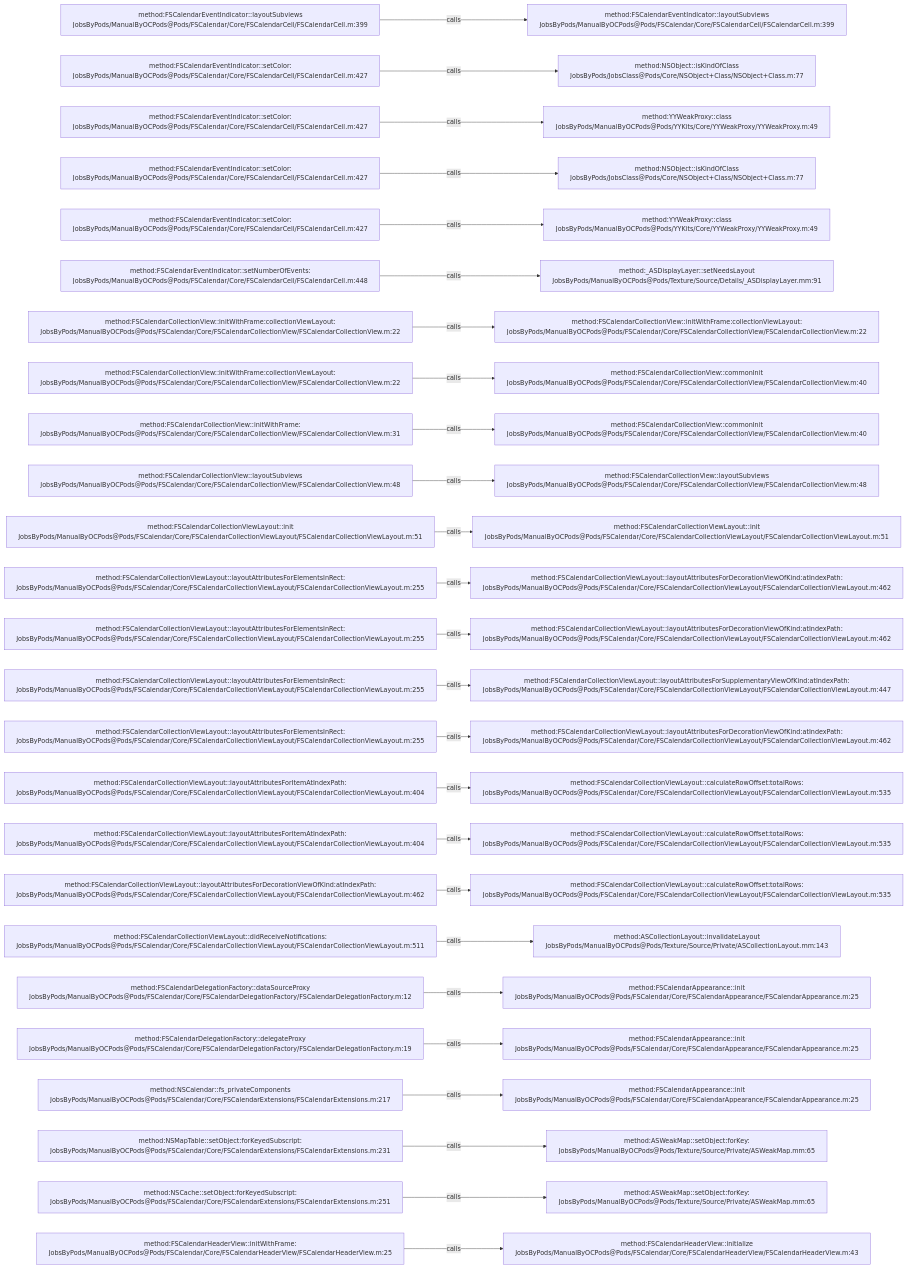
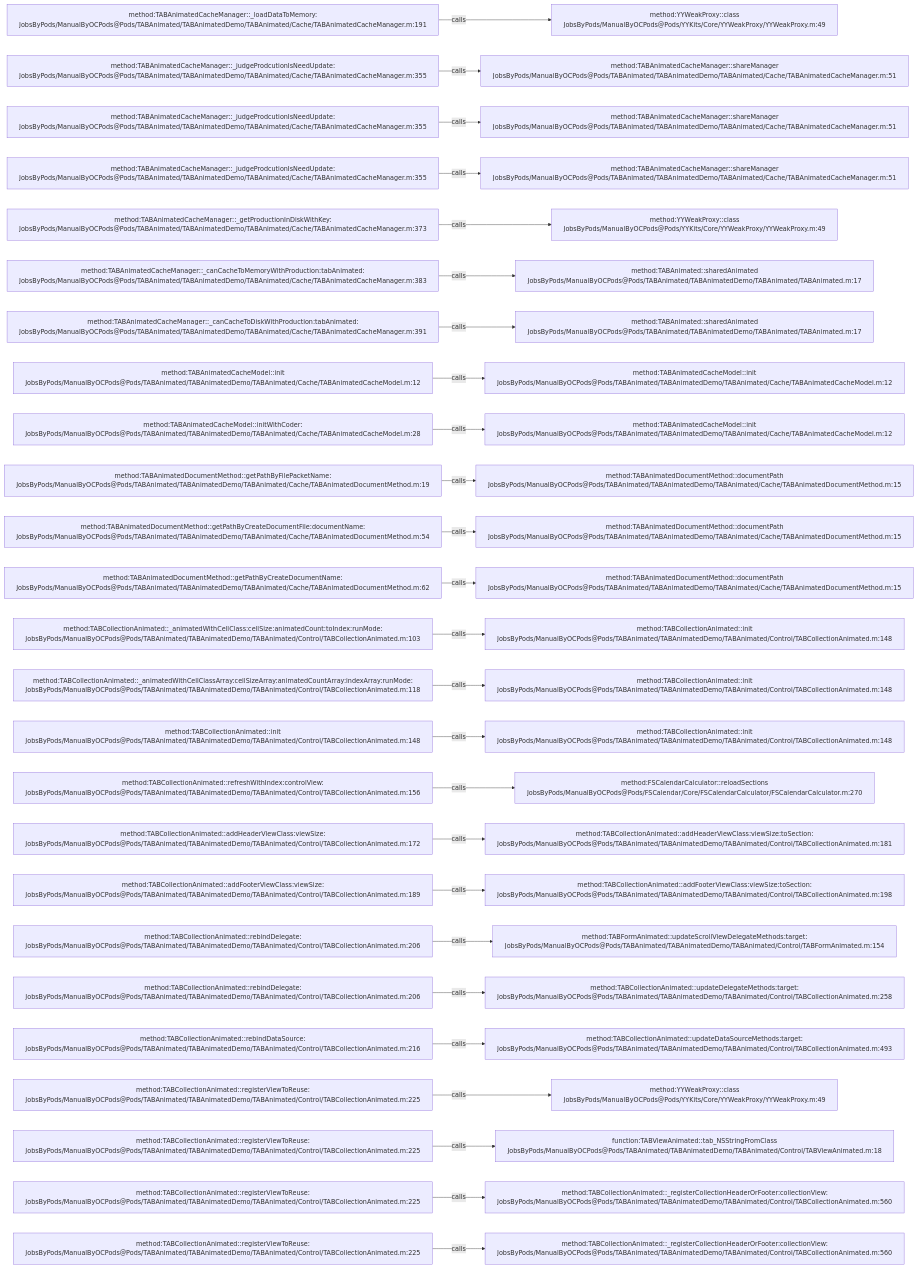
One commit to JobsKits/JobsOCBaseConfigDemo changed the diagram in .codegraph/codegraph.md/graphs/calls-019.md. Above: the diagram before and after it, drawn with Mermaid. The commit also changed 1353 other files, not shown here.

````diff
--- a/.codegraph/codegraph.md/graphs/calls-019.md
+++ b/.codegraph/codegraph.md/graphs/calls-019.md
@@ -13,78 +13,78 @@
 ```mermaid
 flowchart LR
-  S1["method:FSCalendarEventIndicator::layoutSubviews<br/>JobsByPods/ManualByOCPods@Pods/FSCalendar/Core/FSCalendarCell/FSCalendarCell.m:399"]
-  T1["method:FSCalendarEventIndicator::layoutSubviews<br/>JobsByPods/ManualByOCPods@Pods/FSCalendar/Core/FSCalendarCell/FSCalendarCell.m:399"]
+  S1["method:TABAnimatedCacheManager::_loadDataToMemory:<br/>JobsByPods/ManualByOCPods@Pods/TABAnimated/TABAnimatedDemo/TABAnimated/Cache/TABAnimatedCacheManager.m:191"]
+  T1["method:YYWeakProxy::class<br/>JobsByPods/ManualByOCPods@Pods/YYKits/Core/YYWeakProxy/YYWeakProxy.m:49"]
   S1 -->|calls| T1
-  S2["method:FSCalendarEventIndicator::setColor:<br/>JobsByPods/ManualByOCPods@Pods/FSCalendar/Core/FSCalendarCell/FSCalendarCell.m:427"]
-  T2["method:NSObject::isKindOfClass<br/>JobsByPods/JobsClass@Pods/Core/NSObject+Class/NSObject+Class.m:77"]
+  S2["method:TABAnimatedCacheManager::_judgeProdcutionIsNeedUpdate:<br/>JobsByPods/ManualByOCPods@Pods/TABAnimated/TABAnimatedDemo/TABAnimated/Cache/TABAnimatedCacheManager.m:355"]
+  T2["method:TABAnimatedCacheManager::shareManager<br/>JobsByPods/ManualByOCPods@Pods/TABAnimated/TABAnimatedDemo/TABAnimated/Cache/TABAnimatedCacheManager.m:51"]
   S2 -->|calls| T2
-  S3["method:FSCalendarEventIndicator::setColor:<br/>JobsByPods/ManualByOCPods@Pods/FSCalendar/Core/FSCalendarCell/FSCalendarCell.m:427"]
-  T3["method:YYWeakProxy::class<br/>JobsByPods/ManualByOCPods@Pods/YYKits/Core/YYWeakProxy/YYWeakProxy.m:49"]
+  S3["method:TABAnimatedCacheManager::_judgeProdcutionIsNeedUpdate:<br/>JobsByPods/ManualByOCPods@Pods/TABAnimated/TABAnimatedDemo/TABAnimated/Cache/TABAnimatedCacheManager.m:355"]
+  T3["method:TABAnimatedCacheManager::shareManager<br/>JobsByPods/ManualByOCPods@Pods/TABAnimated/TABAnimatedDemo/TABAnimated/Cache/TABAnimatedCacheManager.m:51"]
   S3 -->|calls| T3
-  S4["method:FSCalendarEventIndicator::setColor:<br/>JobsByPods/ManualByOCPods@Pods/FSCalendar/Core/FSCalendarCell/FSCalendarCell.m:427"]
-  T4["method:NSObject::isKindOfClass<br/>JobsByPods/JobsClass@Pods/Core/NSObject+Class/NSObject+Class.m:77"]
+  S4["method:TABAnimatedCacheManager::_judgeProdcutionIsNeedUpdate:<br/>JobsByPods/ManualByOCPods@Pods/TABAnimated/TABAnimatedDemo/TABAnimated/Cache/TABAnimatedCacheManager.m:355"]
+  T4["method:TABAnimatedCacheManager::shareManager<br/>JobsByPods/ManualByOCPods@Pods/TABAnimated/TABAnimatedDemo/TABAnimated/Cache/TABAnimatedCacheManager.m:51"]
   S4 -->|calls| T4
-  S5["method:FSCalendarEventIndicator::setColor:<br/>JobsByPods/ManualByOCPods@Pods/FSCalendar/Core/FSCalendarCell/FSCalendarCell.m:427"]
+  S5["method:TABAnimatedCacheManager::_getProductionInDiskWithKey:<br/>JobsByPods/ManualByOCPods@Pods/TABAnimated/TABAnimatedDemo/TABAnimated/Cache/TABAnimatedCacheManager.m:373"]
   T5["method:YYWeakProxy::class<br/>JobsByPods/ManualByOCPods@Pods/YYKits/Core/YYWeakProxy/YYWeakProxy.m:49"]
   S5 -->|calls| T5
-  S6["method:FSCalendarEventIndicator::setNumberOfEvents:<br/>JobsByPods/ManualByOCPods@Pods/FSCalendar/Core/FSCalendarCell/FSCalendarCell.m:448"]
-  T6["method:_ASDisplayLayer::setNeedsLayout<br/>JobsByPods/ManualByOCPods@Pods/Texture/Source/Details/_ASDisplayLayer.mm:91"]
+  S6["method:TABAnimatedCacheManager::_canCacheToMemoryWithProduction:tabAnimated:<br/>JobsByPods/ManualByOCPods@Pods/TABAnimated/TABAnimatedDemo/TABAnimated/Cache/TABAnimatedCacheManager.m:383"]
+  T6["method:TABAnimated::sharedAnimated<br/>JobsByPods/ManualByOCPods@Pods/TABAnimated/TABAnimatedDemo/TABAnimated/TABAnimated.m:17"]
   S6 -->|calls| T6
-  S7["method:FSCalendarCollectionView::initWithFrame:collectionViewLayout:<br/>JobsByPods/ManualByOCPods@Pods/FSCalendar/Core/FSCalendarCollectionView/FSCalendarCollectionView.m:22"]
-  T7["method:FSCalendarCollectionView::initWithFrame:collectionViewLayout:<br/>JobsByPods/ManualByOCPods@Pods/FSCalendar/Core/FSCalendarCollectionView/FSCalendarCollectionView.m:22"]
+  S7["method:TABAnimatedCacheManager::_canCacheToDiskWithProduction:tabAnimated:<br/>JobsByPods/ManualByOCPods@Pods/TABAnimated/TABAnimatedDemo/TABAnimated/Cache/TABAnimatedCacheManager.m:391"]
+  T7["method:TABAnimated::sharedAnimated<br/>JobsByPods/ManualByOCPods@Pods/TABAnimated/TABAnimatedDemo/TABAnimated/TABAnimated.m:17"]
   S7 -->|calls| T7
-  S8["method:FSCalendarCollectionView::initWithFrame:collectionViewLayout:<br/>JobsByPods/ManualByOCPods@Pods/FSCalendar/Core/FSCalendarCollectionView/FSCalendarCollectionView.m:22"]
-  T8["method:FSCalendarCollectionView::commonInit<br/>JobsByPods/ManualByOCPods@Pods/FSCalendar/Core/FSCalendarCollectionView/FSCalendarCollectionView.m:40"]
+  S8["method:TABAnimatedCacheModel::init<br/>JobsByPods/ManualByOCPods@Pods/TABAnimated/TABAnimatedDemo/TABAnimated/Cache/TABAnimatedCacheModel.m:12"]
+  T8["method:TABAnimatedCacheModel::init<br/>JobsByPods/ManualByOCPods@Pods/TABAnimated/TABAnimatedDemo/TABAnimated/Cache/TABAnimatedCacheModel.m:12"]
   S8 -->|calls| T8
-  S9["method:FSCalendarCollectionView::initWithFrame:<br/>JobsByPods/ManualByOCPods@Pods/FSCalendar/Core/FSCalendarCollectionView/FSCalendarCollectionView.m:31"]
-  T9["method:FSCalendarCollectionView::commonInit<br/>JobsByPods/ManualByOCPods@Pods/FSCalendar/Core/FSCalendarCollectionView/FSCalendarCollectionView.m:40"]
+  S9["method:TABAnimatedCacheModel::initWithCoder:<br/>JobsByPods/ManualByOCPods@Pods/TABAnimated/TABAnimatedDemo/TABAnimated/Cache/TABAnimatedCacheModel.m:28"]
+  T9["method:TABAnimatedCacheModel::init<br/>JobsByPods/ManualByOCPods@Pods/TABAnimated/TABAnimatedDemo/TABAnimated/Cache/TABAnimatedCacheModel.m:12"]
   S9 -->|calls| T9
-  S10["method:FSCalendarCollectionView::layoutSubviews<br/>JobsByPods/ManualByOCPods@Pods/FSCalendar/Core/FSCalendarCollectionView/FSCalendarCollectionView.m:48"]
-  T10["method:FSCalendarCollectionView::layoutSubviews<br/>JobsByPods/ManualByOCPods@Pods/FSCalendar/Core/FSCalendarCollectionView/FSCalendarCollectionView.m:48"]
+  S10["method:TABAnimatedDocumentMethod::getPathByFilePacketName:<br/>JobsByPods/ManualByOCPods@Pods/TABAnimated/TABAnimatedDemo/TABAnimated/Cache/TABAnimatedDocumentMethod.m:19"]
+  T10["method:TABAnimatedDocumentMethod::documentPath<br/>JobsByPods/ManualByOCPods@Pods/TABAnimated/TABAnimatedDemo/TABAnimated/Cache/TABAnimatedDocumentMethod.m:15"]
   S10 -->|calls| T10
-  S11["method:FSCalendarCollectionViewLayout::init<br/>JobsByPods/ManualByOCPods@Pods/FSCalendar/Core/FSCalendarCollectionViewLayout/FSCalendarCollectionViewLayout.m:51"]
-  T11["method:FSCalendarCollectionViewLayout::init<br/>JobsByPods/ManualByOCPods@Pods/FSCalendar/Core/FSCalendarCollectionViewLayout/FSCalendarCollectionViewLayout.m:51"]
+  S11["method:TABAnimatedDocumentMethod::getPathByCreateDocumentFile:documentName:<br/>JobsByPods/ManualByOCPods@Pods/TABAnimated/TABAnimatedDemo/TABAnimated/Cache/TABAnimatedDocumentMethod.m:54"]
+  T11["method:TABAnimatedDocumentMethod::documentPath<br/>JobsByPods/ManualByOCPods@Pods/TABAnimated/TABAnimatedDemo/TABAnimated/Cache/TABAnimatedDocumentMethod.m:15"]
   S11 -->|calls| T11
-  S12["method:FSCalendarCollectionViewLayout::layoutAttributesForElementsInRect:<br/>JobsByPods/ManualByOCPods@Pods/FSCalendar/Core/FSCalendarCollectionViewLayout/FSCalendarCollectionViewLayout.m:255"]
-  T12["method:FSCalendarCollectionViewLayout::layoutAttributesForDecorationViewOfKind:atIndexPath:<br/>JobsByPods/ManualByOCPods@Pods/FSCalendar/Core/FSCalendarCollectionViewLayout/FSCalendarCollectionViewLayout.m:462"]
+  S12["method:TABAnimatedDocumentMethod::getPathByCreateDocumentName:<br/>JobsByPods/ManualByOCPods@Pods/TABAnimated/TABAnimatedDemo/TABAnimated/Cache/TABAnimatedDocumentMethod.m:62"]
+  T12["method:TABAnimatedDocumentMethod::documentPath<br/>JobsByPods/ManualByOCPods@Pods/TABAnimated/TABAnimatedDemo/TABAnimated/Cache/TABAnimatedDocumentMethod.m:15"]
   S12 -->|calls| T12
-  S13["method:FSCalendarCollectionViewLayout::layoutAttributesForElementsInRect:<br/>JobsByPods/ManualByOCPods@Pods/FSCalendar/Core/FSCalendarCollectionViewLayout/FSCalendarCollectionViewLayout.m:255"]
-  T13["method:FSCalendarCollectionViewLayout::layoutAttributesForDecorationViewOfKind:atIndexPath:<br/>JobsByPods/ManualByOCPods@Pods/FSCalendar/Core/FSCalendarCollectionViewLayout/FSCalendarCollectionViewLayout.m:462"]
+  S13["method:TABCollectionAnimated::_animatedWithCellClass:cellSize:animatedCount:toIndex:runMode:<br/>JobsByPods/ManualByOCPods@Pods/TABAnimated/TABAnimatedDemo/TABAnimated/Control/TABCollectionAnimated.m:103"]
+  T13["method:TABCollectionAnimated::init<br/>JobsByPods/ManualByOCPods@Pods/TABAnimated/TABAnimatedDemo/TABAnimated/Control/TABCollectionAnimated.m:148"]
   S13 -->|calls| T13
-  S14["method:FSCalendarCollectionViewLayout::layoutAttributesForElementsInRect:<br/>JobsByPods/ManualByOCPods@Pods/FSCalendar/Core/FSCalendarCollectionViewLayout/FSCalendarCollectionViewLayout.m:255"]
-  T14["method:FSCalendarCollectionViewLayout::layoutAttributesForSupplementaryViewOfKind:atIndexPath:<br/>JobsByPods/ManualByOCPods@Pods/FSCalendar/Core/FSCalendarCollectionViewLayout/FSCalendarCollectionViewLayout.m:447"]
+  S14["method:TABCollectionAnimated::_animatedWithCellClassArray:cellSizeArray:animatedCountArray:indexArray:runMode:<br/>JobsByPods/ManualByOCPods@Pods/TABAnimated/TABAnimatedDemo/TABAnimated/Control/TABCollectionAnimated.m:118"]
+  T14["method:TABCollectionAnimated::init<br/>JobsByPods/ManualByOCPods@Pods/TABAnimated/TABAnimatedDemo/TABAnimated/Control/TABCollectionAnimated.m:148"]
   S14 -->|calls| T14
-  S15["method:FSCalendarCollectionViewLayout::layoutAttributesForElementsInRect:<br/>JobsByPods/ManualByOCPods@Pods/FSCalendar/Core/FSCalendarCollectionViewLayout/FSCalendarCollectionViewLayout.m:255"]
-  T15["method:FSCalendarCollectionViewLayout::layoutAttributesForDecorationViewOfKind:atIndexPath:<br/>JobsByPods/ManualByOCPods@Pods/FSCalendar/Core/FSCalendarCollectionViewLayout/FSCalendarCollectionViewLayout.m:462"]
+  S15["method:TABCollectionAnimated::init<br/>JobsByPods/ManualByOCPods@Pods/TABAnimated/TABAnimatedDemo/TABAnimated/Control/TABCollectionAnimated.m:148"]
+  T15["method:TABCollectionAnimated::init<br/>JobsByPods/ManualByOCPods@Pods/TABAnimated/TABAnimatedDemo/TABAnimated/Control/TABCollectionAnimated.m:148"]
   S15 -->|calls| T15
-  S16["method:FSCalendarCollectionViewLayout::layoutAttributesForItemAtIndexPath:<br/>JobsByPods/ManualByOCPods@Pods/FSCalendar/Core/FSCalendarCollectionViewLayout/FSCalendarCollectionViewLayout.m:404"]
-  T16["method:FSCalendarCollectionViewLayout::calculateRowOffset:totalRows:<br/>JobsByPods/ManualByOCPods@Pods/FSCalendar/Core/FSCalendarCollectionViewLayout/FSCalendarCollectionViewLayout.m:535"]
+  S16["method:TABCollectionAnimated::refreshWithIndex:controlView:<br/>JobsByPods/ManualByOCPods@Pods/TABAnimated/TABAnimatedDemo/TABAnimated/Control/TABCollectionAnimated.m:156"]
+  T16["method:FSCalendarCalculator::reloadSections<br/>JobsByPods/ManualByOCPods@Pods/FSCalendar/Core/FSCalendarCalculator/FSCalendarCalculator.m:270"]
   S16 -->|calls| T16
-  S17["method:FSCalendarCollectionViewLayout::layoutAttributesForItemAtIndexPath:<br/>JobsByPods/ManualByOCPods@Pods/FSCalendar/Core/FSCalendarCollectionViewLayout/FSCalendarCollectionViewLayout.m:404"]
-  T17["method:FSCalendarCollectionViewLayout::calculateRowOffset:totalRows:<br/>JobsByPods/ManualByOCPods@Pods/FSCalendar/Core/FSCalendarCollectionViewLayout/FSCalendarCollectionViewLayout.m:535"]
+  S17["method:TABCollectionAnimated::addHeaderViewClass:viewSize:<br/>JobsByPods/ManualByOCPods@Pods/TABAnimated/TABAnimatedDemo/TABAnimated/Control/TABCollectionAnimated.m:172"]
+  T17["method:TABCollectionAnimated::addHeaderViewClass:viewSize:toSection:<br/>JobsByPods/ManualByOCPods@Pods/TABAnimated/TABAnimatedDemo/TABAnimated/Control/TABCollectionAnimated.m:181"]
   S17 -->|calls| T17
-  S18["method:FSCalendarCollectionViewLayout::layoutAttributesForDecorationViewOfKind:atIndexPath:<br/>JobsByPods/ManualByOCPods@Pods/FSCalendar/Core/FSCalendarCollectionViewLayout/FSCalendarCollectionViewLayout.m:462"]
-  T18["method:FSCalendarCollectionViewLayout::calculateRowOffset:totalRows:<br/>JobsByPods/ManualByOCPods@Pods/FSCalendar/Core/FSCalendarCollectionViewLayout/FSCalendarCollectionViewLayout.m:535"]
+  S18["method:TABCollectionAnimated::addFooterViewClass:viewSize:<br/>JobsByPods/ManualByOCPods@Pods/TABAnimated/TABAnimatedDemo/TABAnimated/Control/TABCollectionAnimated.m:189"]
+  T18["method:TABCollectionAnimated::addFooterViewClass:viewSize:toSection:<br/>JobsByPods/ManualByOCPods@Pods/TABAnimated/TABAnimatedDemo/TABAnimated/Control/TABCollectionAnimated.m:198"]
   S18 -->|calls| T18
-  S19["method:FSCalendarCollectionViewLayout::didReceiveNotifications:<br/>JobsByPods/ManualByOCPods@Pods/FSCalendar/Core/FSCalendarCollectionViewLayout/FSCalendarCollectionViewLayout.m:511"]
-  T19["method:ASCollectionLayout::invalidateLayout<br/>JobsByPods/ManualByOCPods@Pods/Texture/Source/Private/ASCollectionLayout.mm:143"]
+  S19["method:TABCollectionAnimated::rebindDelegate:<br/>JobsByPods/ManualByOCPods@Pods/TABAnimated/TABAnimatedDemo/TABAnimated/Control/TABCollectionAnimated.m:206"]
+  T19["method:TABFormAnimated::updateScrollViewDelegateMethods:target:<br/>JobsByPods/ManualByOCPods@Pods/TABAnimated/TABAnimatedDemo/TABAnimated/Control/TABFormAnimated.m:154"]
   S19 -->|calls| T19
-  S20["method:FSCalendarDelegationFactory::dataSourceProxy<br/>JobsByPods/ManualByOCPods@Pods/FSCalendar/Core/FSCalendarDelegationFactory/FSCalendarDelegationFactory.m:12"]
-  T20["method:FSCalendarAppearance::init<br/>JobsByPods/ManualByOCPods@Pods/FSCalendar/Core/FSCalendarAppearance/FSCalendarAppearance.m:25"]
+  S20["method:TABCollectionAnimated::rebindDelegate:<br/>JobsByPods/ManualByOCPods@Pods/TABAnimated/TABAnimatedDemo/TABAnimated/Control/TABCollectionAnimated.m:206"]
+  T20["method:TABCollectionAnimated::updateDelegateMethods:target:<br/>JobsByPods/ManualByOCPods@Pods/TABAnimated/TABAnimatedDemo/TABAnimated/Control/TABCollectionAnimated.m:258"]
   S20 -->|calls| T20
-  S21["method:FSCalendarDelegationFactory::delegateProxy<br/>JobsByPods/ManualByOCPods@Pods/FSCalendar/Core/FSCalendarDelegationFactory/FSCalendarDelegationFactory.m:19"]
-  T21["method:FSCalendarAppearance::init<br/>JobsByPods/ManualByOCPods@Pods/FSCalendar/Core/FSCalendarAppearance/FSCalendarAppearance.m:25"]
+  S21["method:TABCollectionAnimated::rebindDataSource:<br/>JobsByPods/ManualByOCPods@Pods/TABAnimated/TABAnimatedDemo/TABAnimated/Control/TABCollectionAnimated.m:216"]
+  T21["method:TABCollectionAnimated::updateDataSourceMethods:target:<br/>JobsByPods/ManualByOCPods@Pods/TABAnimated/TABAnimatedDemo/TABAnimated/Control/TABCollectionAnimated.m:493"]
   S21 -->|calls| T21
-  S22["method:NSCalendar::fs_privateComponents<br/>JobsByPods/ManualByOCPods@Pods/FSCalendar/Core/FSCalendarExtensions/FSCalendarExtensions.m:217"]
-  T22["method:FSCalendarAppearance::init<br/>JobsByPods/ManualByOCPods@Pods/FSCalendar/Core/FSCalendarAppearance/FSCalendarAppearance.m:25"]
+  S22["method:TABCollectionAnimated::registerViewToReuse:<br/>JobsByPods/ManualByOCPods@Pods/TABAnimated/TABAnimatedDemo/TABAnimated/Control/TABCollectionAnimated.m:225"]
+  T22["method:YYWeakProxy::class<br/>JobsByPods/ManualByOCPods@Pods/YYKits/Core/YYWeakProxy/YYWeakProxy.m:49"]
   S22 -->|calls| T22
-  S23["method:NSMapTable::setObject:forKeyedSubscript:<br/>JobsByPods/ManualByOCPods@Pods/FSCalendar/Core/FSCalendarExtensions/FSCalendarExtensions.m:231"]
-  T23["method:ASWeakMap::setObject:forKey:<br/>JobsByPods/ManualByOCPods@Pods/Texture/Source/Private/ASWeakMap.mm:65"]
+  S23["method:TABCollectionAnimated::registerViewToReuse:<br/>JobsByPods/ManualByOCPods@Pods/TABAnimated/TABAnimatedDemo/TABAnimated/Control/TABCollectionAnimated.m:225"]
+  T23["function:TABViewAnimated::tab_NSStringFromClass<br/>JobsByPods/ManualByOCPods@Pods/TABAnimated/TABAnimatedDemo/TABAnimated/Control/TABViewAnimated.m:18"]
   S23 -->|calls| T23
-  S24["method:NSCache::setObject:forKeyedSubscript:<br/>JobsByPods/ManualByOCPods@Pods/FSCalendar/Core/FSCalendarExtensions/FSCalendarExtensions.m:251"]
-  T24["method:ASWeakMap::setObject:forKey:<br/>JobsByPods/ManualByOCPods@Pods/Texture/Source/Private/ASWeakMap.mm:65"]
+  S24["method:TABCollectionAnimated::registerViewToReuse:<br/>JobsByPods/ManualByOCPods@Pods/TABAnimated/TABAnimatedDemo/TABAnimated/Control/TABCollectionAnimated.m:225"]
+  T24["method:TABCollectionAnimated::_registerCollectionHeaderOrFooter:collectionView:<br/>JobsByPods/ManualByOCPods@Pods/TABAnimated/TABAnimatedDemo/TABAnimated/Control/TABCollectionAnimated.m:560"]
   S24 -->|calls| T24
-  S25["method:FSCalendarHeaderView::initWithFrame:<br/>JobsByPods/ManualByOCPods@Pods/FSCalendar/Core/FSCalendarHeaderView/FSCalendarHeaderView.m:25"]
-  T25["method:FSCalendarHeaderView::initialize<br/>JobsByPods/ManualByOCPods@Pods/FSCalendar/Core/FSCalendarHeaderView/FSCalendarHeaderView.m:43"]
+  S25["method:TABCollectionAnimated::registerViewToReuse:<br/>JobsByPods/ManualByOCPods@Pods/TABAnimated/TABAnimatedDemo/TABAnimated/Control/TABCollectionAnimated.m:225"]
+  T25["method:TABCollectionAnimated::_registerCollectionHeaderOrFooter:collectionView:<br/>JobsByPods/ManualByOCPods@Pods/TABAnimated/TABAnimatedDemo/TABAnimated/Control/TABCollectionAnimated.m:560"]
   S25 -->|calls| T25
 ```
````
